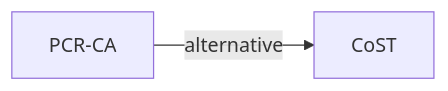
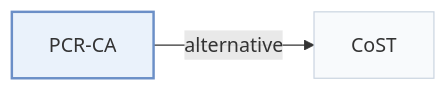
One commit to Galaxy-ghost/Awesome-SID-Generative-Rec changed the second of 2 diagrams in pages/papers/pcr-ca.md. Above: the diagram before and after it, drawn with Mermaid. The commit also changed other lines of this file and 649 other files, not shown here.

Commit message:
writer-05: also tags and modality index (schema, check, build, visuals); summary field removed; calibration data for 12 papers

````diff
--- a/pages/papers/pcr-ca.md
+++ b/pages/papers/pcr-ca.md
@@ -68,5 +74,9 @@
 ```mermaid
 flowchart LR
     P["PCR-CA"]
-    P -->|alternative| A["CoST"]
+    P -->|"alternative"| A["CoST"]
+    classDef main fill:#eaf2fb,stroke:#6b8fc7,stroke-width:2px
+    classDef peer fill:#f8fafc,stroke:#cbd5e1
+    class P main
+    class A peer
 ```
````
